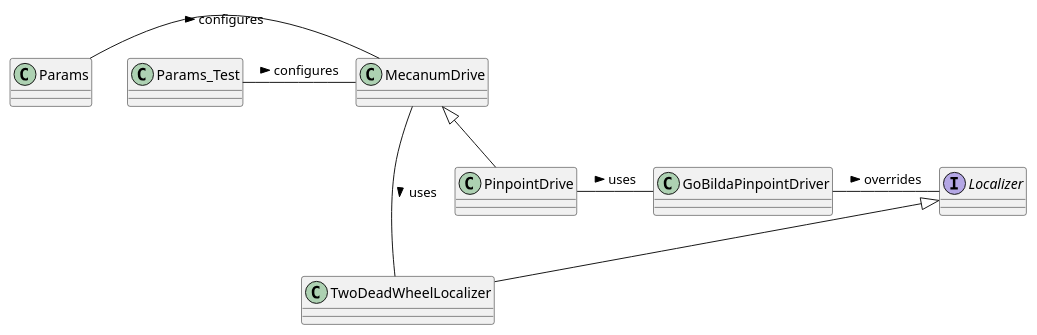
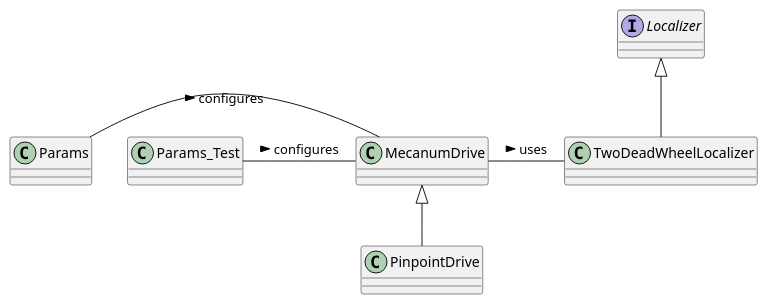
One commit to FTC14691-MechanicalMafia/2024_25_InToTheDeep_14691 changed the diagram in TeamCode/src/main/java/org/firstinspires/ftc/teamcode/MecanumDrive.puml. Above: the diagram before and after it, drawn with PlantUML. The commit also changed 20 other files, not shown here.

Commit message:
Ripping out the pinpoint driver in favor of vanila roadrunner (no tank drive support).

```diff
--- a/TeamCode/src/main/java/org/firstinspires/ftc/teamcode/MecanumDrive.puml
+++ b/TeamCode/src/main/java/org/firstinspires/ftc/teamcode/MecanumDrive.puml
@@ -1,21 +1,17 @@
 @startuml
 'https://plantuml.com/class-diagram
 
 class MecanumDrive
-class PinpointDrive
 class TwoDeadWheelLocalizer
 interface Localizer
-class GoBildaPinpointDriver
 class Params
 class Params_Test
 
 Localizer <|-- TwoDeadWheelLocalizer
 MecanumDrive <|-- PinpointDrive
 
 MecanumDrive - TwoDeadWheelLocalizer : uses >
-PinpointDrive - GoBildaPinpointDriver : uses >
-GoBildaPinpointDriver - Localizer : overrides >
 Params - MecanumDrive : configures >
 Params_Test - MecanumDrive : configures >
 
 @enduml
```
